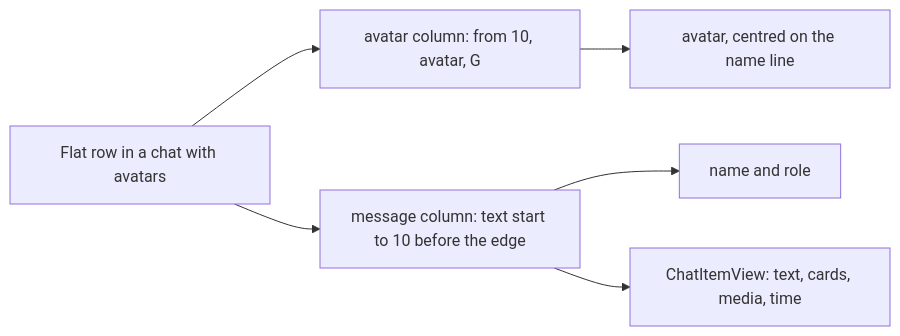
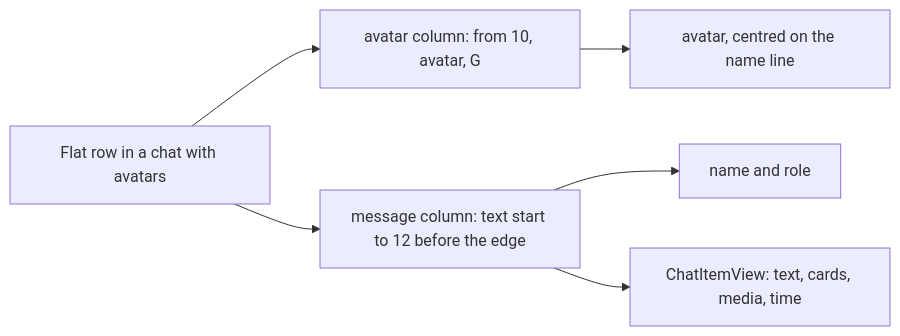
Before and after one commit to simplex-chat/simplex-chat: the eighth of 8 diagrams in plans/2026-11-12-mcp-flat-sessions.md, drawn with Mermaid. The commit also changed other lines of this file and 11 other files, not shown here.

First line of the commit message:
ui: Flat avatar column, the avatar 2 into the padding, text 10 after it

````diff
--- a/plans/2026-11-12-mcp-flat-sessions.md
+++ b/plans/2026-11-12-mcp-flat-sessions.md
@@ -844,8 +843,8 @@
 ```mermaid
 flowchart LR
   Row[Flat row in a chat with avatars] --> Col[avatar column: from 10, avatar, G]
-  Row --> Msg[message column: text start to 10 before the edge]
+  Row --> Msg[message column: text start to 12 before the edge]
   Col --> Av[avatar, centred on the name line]
   Msg --> Name[name and role]
   Msg --> Item[ChatItemView: text, cards, media, time]
 ```
````
